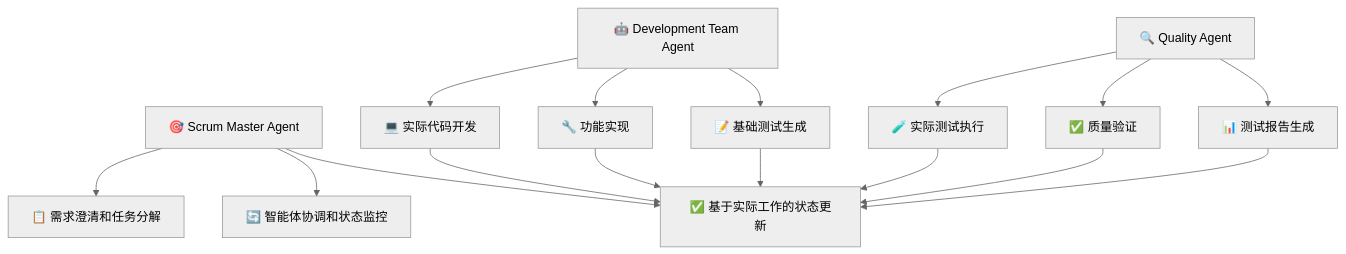
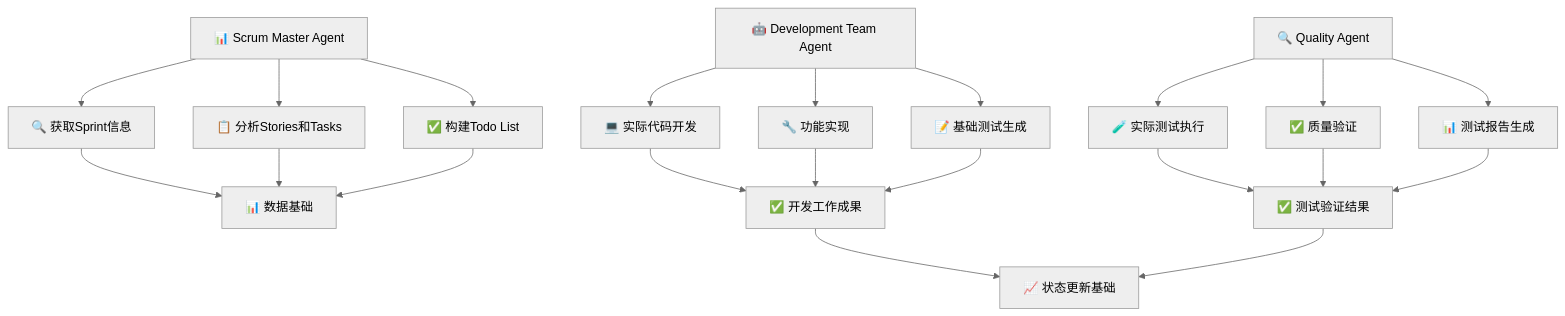
The fifth of 12 diagrams in plugins/agile-marketplace/sprint-plugin/commands/快速sprint.md (ouyangshixiong/context-engineering-zh), drawn with Mermaid (neutral theme) before and after one commit. The commit also changed other lines of this file and 2 other files, not shown here.

Commit message:
Update plugins files

````diff
--- a/plugins/agile-marketplace/sprint-plugin/commands/快速sprint.md
+++ b/plugins/agile-marketplace/sprint-plugin/commands/快速sprint.md
@@ -242,21 +242,26 @@
 ```mermaid
 flowchart TD
-    A[🎯 Scrum Master Agent] --> B[📋 需求澄清和任务分解]
-    A --> C[🔄 智能体协调和状态监控]
-    A --> D[✅ 基于实际工作的状态更新]
+    A[📊 Scrum Master Agent] --> B[🔍 获取Sprint信息]
+    A --> C[📋 分析Stories和Tasks]
+    A --> D[✅ 构建Todo List]
 
     E[🤖 Development Team Agent] --> F[💻 实际代码开发]
     E --> G[🔧 功能实现]
     E --> H[📝 基础测试生成]
 
     I[🔍 Quality Agent] --> J[🧪 实际测试执行]
     I --> K[✅ 质量验证]
     I --> L[📊 测试报告生成]
 
-    F --> D
-    G --> D
-    H --> D
-    J --> D
-    K --> D
-    L --> D
+    B --> M[📊 数据基础]
+    C --> M
+    D --> M
+    F --> N[✅ 开发工作成果]
+    G --> N
+    H --> N
+    J --> O[✅ 测试验证结果]
+    K --> O
+    L --> O
+    N --> P[📈 状态更新基础]
+    O --> P
 ```
````
